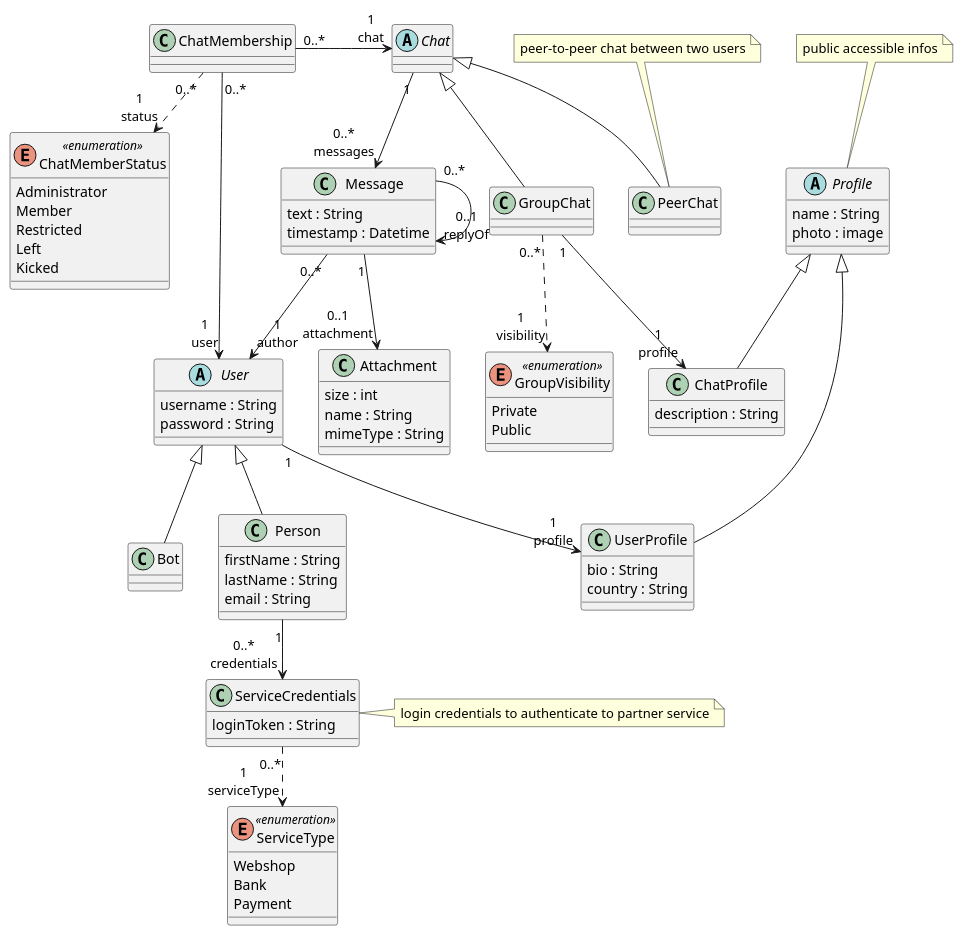
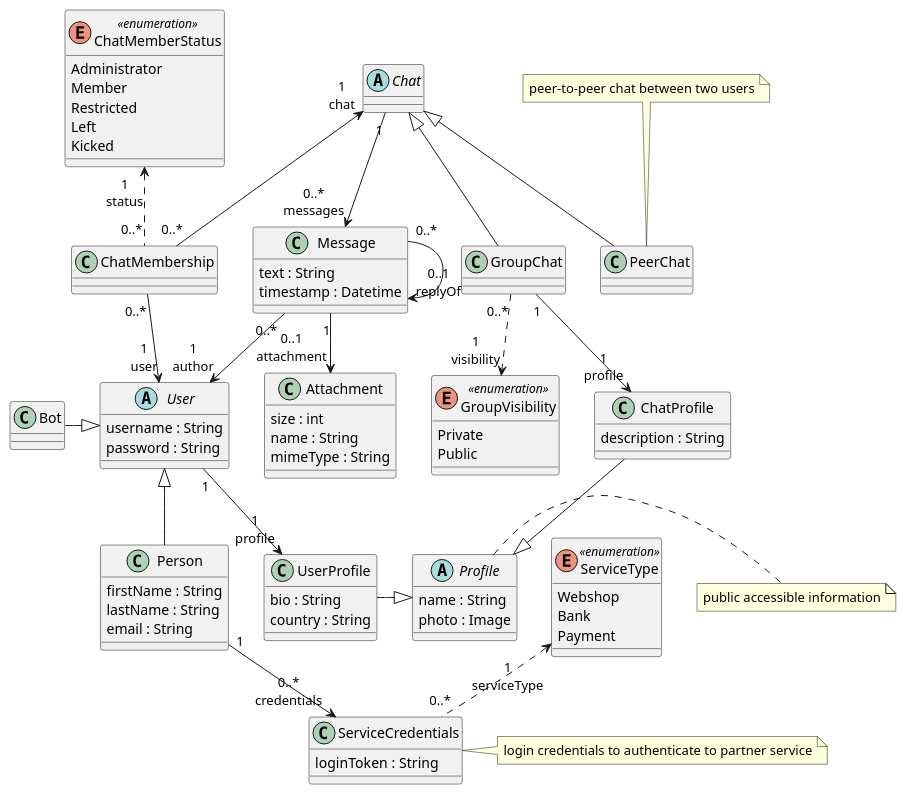
The diagram in src/doc/uml-domain.puml (bbenno/oth-sw), drawn with PlantUML before and after one commit. The commit also changed 3 other files, not shown here.

```diff
--- a/src/doc/uml-domain.puml
+++ b/src/doc/uml-domain.puml
@@ -1,106 +1,106 @@
 @startuml chat-domain
 ' classes in alphabetical order
 class Attachment {
     size : int
     name : String
     mimeType : String
 }
 
 abstract class Chat
 
 class ChatMembership
 
 enum ChatMemberStatus <<enumeration>> {
     Administrator
     Member
     Restricted
     Left
     Kicked
 }
 
 class ChatProfile {
     description : String
 }
 
 class GroupChat
 
 enum GroupVisibility <<enumeration>> {
     Private
     Public
 }
 
 class ServiceCredentials {
     loginToken : String
 }
 
 class Message {
     text : String
     timestamp : Datetime
 }
 
 class Person {
     firstName : String
     lastName : String
     email : String
 }
 
 class PeerChat
 
 abstract class Profile {
     name : String
-    photo : image
+    photo : Image
 }
 
 enum ServiceType <<enumeration>> {
     Webshop
     Bank
     Payment
 }
 
 abstract class User {
     username : String
     password : String
 }
 
 class UserProfile {
     bio : String
     country : String
 }
 
 ' Inheritance
 '' Profile
-Profile <|-- ChatProfile
-Profile <|-- UserProfile
+Profile <|-up- ChatProfile
+Profile <|-left- UserProfile
 '' Chat inheritance
 Chat <|-- PeerChat
 Chat <|-- GroupChat
 
 '' Person inheritance
 User <|-- Person
-User <|-- Bot
+User <|-left- Bot
 
 ' Relations
 '' to Chat
 ChatMembership "0..*" --> "1\nuser" User
-ChatMembership "0..*" -right-> "1\nchat" Chat
+ChatMembership "0..*" -up-> "1\nchat" Chat
 
 '' to Message
 Message "0..*" --> "1\nauthor" User
 Chat "1" --> "0..*\nmessages" Message
 Message "1" --> "0..1\nattachment" Attachment
 Message "0..*" --> "0..1\nreplyOf" Message
 
 '' with Enumerations
-ServiceCredentials "0..*" ..> "1\nserviceType" ServiceType
-ChatMembership "0..*" ..> "1\nstatus" ChatMemberStatus
+ServiceCredentials "0..*" .up.> "1\nserviceType" ServiceType
+ChatMembership "0..*" .up.> "1\nstatus" ChatMemberStatus
 GroupChat "0..*" ..> "1\nvisibility" GroupVisibility
 
 '' Misc
 Person "1" --> "0..*\ncredentials" ServiceCredentials
 User "1" --> "1\nprofile" UserProfile
 GroupChat "1" --> "1\nprofile" ChatProfile
 
-note top of Profile: public accessible infos
+note right of Profile: public accessible information
 note right of ServiceCredentials: login credentials to authenticate to partner service
 note top of PeerChat: peer-to-peer chat between two users
 @enduml
```
